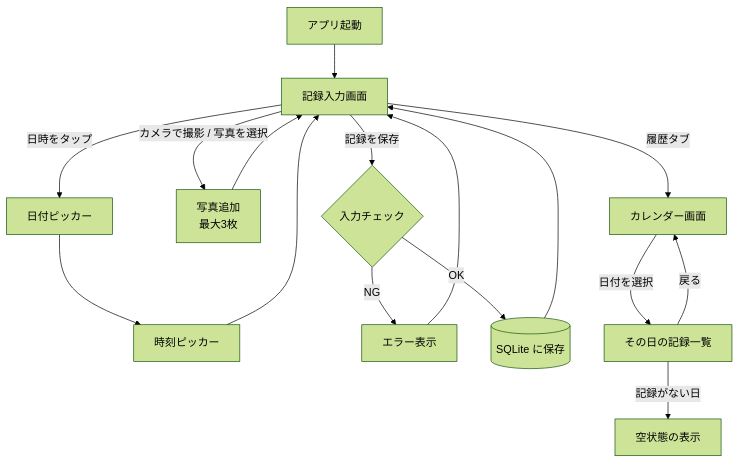
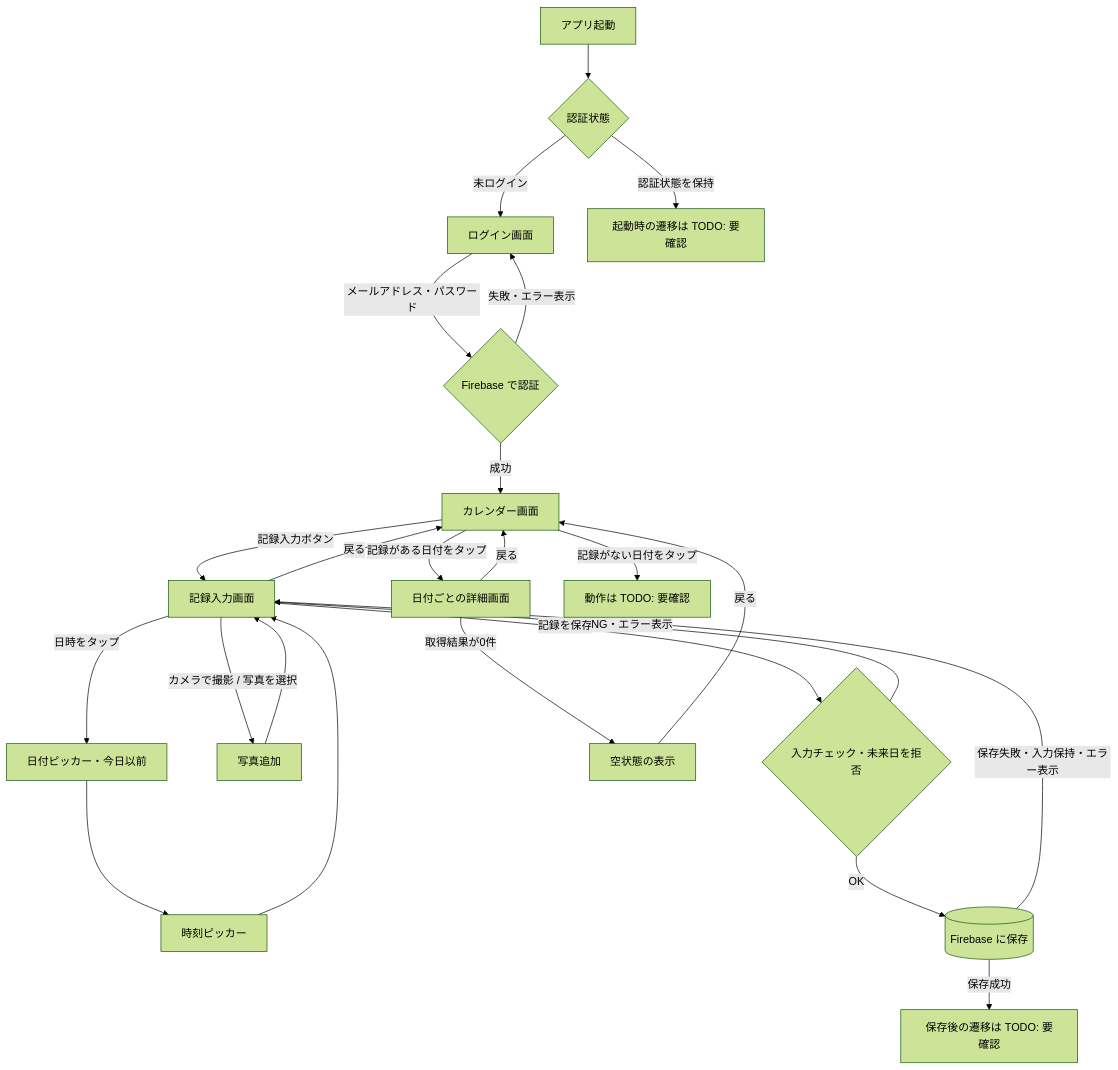
Before and after one commit to mokomokomoko847/health_care_app: the diagram in docs/skills/app-flow/SKILL.md, drawn with Mermaid (forest theme). The commit also changed other lines of this file and 8 other files, not shown here.

Commit message:
docs: split screen requirements and define Firebase login flow

````diff
--- a/docs/skills/app-flow/SKILL.md
+++ b/docs/skills/app-flow/SKILL.md
@@ -15,13 +31,23 @@
 ```mermaid
 flowchart TD
-A[アプリ起動] --> B[記録入力画面]
-B -->|日時をタップ| B1[日付ピッカー] --> B2[時刻ピッカー] --> B
-B -->|カメラで撮影 / 写真を選択| B3[写真追加\n最大3枚] --> B
-B -->|記録を保存| C{入力チェック}
-C -->|NG| B4[エラー表示] --> B
-C -->|OK| D[(SQLite に保存)] --> B
-B -->|履歴タブ| E[カレンダー画面]
-E -->|日付を選択| F[その日の記録一覧]
-F -->|記録がない日| F1[空状態の表示]
+A[アプリ起動] --> S{認証状態}
+S -->|未ログイン| L[ログイン画面]
+S -->|認証状態を保持| T[起動時の遷移は TODO: 要確認]
+L -->|メールアドレス・パスワード| LA{Firebase で認証}
+LA -->|失敗・エラー表示| L
+LA -->|成功| E[カレンダー画面]
+E -->|記録入力ボタン| B[記録入力画面]
+B -->|日時をタップ| B1[日付ピッカー・今日以前] --> B2[時刻ピッカー] --> B
+B -->|カメラで撮影 / 写真を選択| B3[写真追加] --> B
+B -->|記録を保存| C{入力チェック・未来日を拒否}
+C -->|NG・エラー表示| B
+C -->|OK| D[(Firebase に保存)]
+D -->|保存失敗・入力保持・エラー表示| B
+D -->|保存成功| P[保存後の遷移は TODO: 要確認]
+B -->|戻る| E
+E -->|記録がある日付をタップ| F[日付ごとの詳細画面]
+E -->|記録がない日付をタップ| N[動作は TODO: 要確認]
+F -->|取得結果が0件| F1[空状態の表示]
+F1 -->|戻る| E
 F -->|戻る| E
 ```
````
